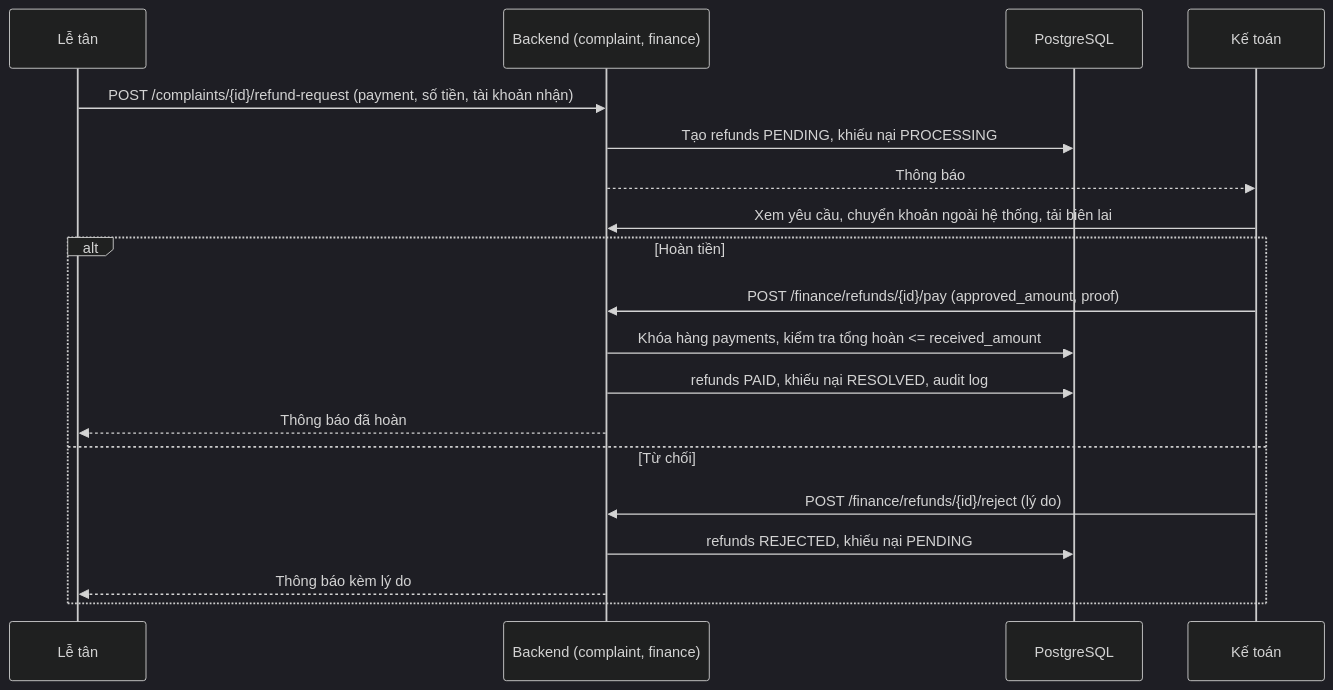
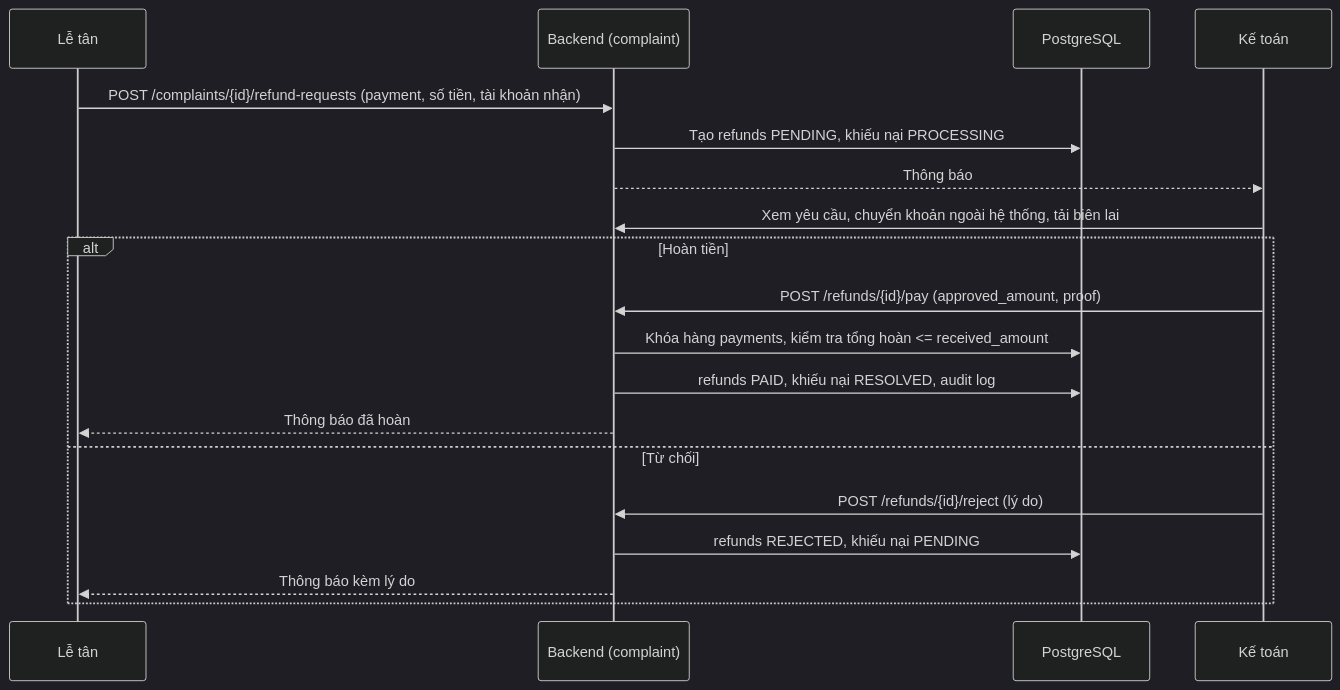
One commit to quangnguyenviet/English-tutor-platform-final-project-2026 changed the seventh of 7 diagrams in docs/project/ARCHITECTURE.md. Above: the diagram before and after it, drawn with Mermaid (dark theme). The commit also changed other lines of this file and 8 other files, not shown here.

````diff
--- a/docs/project/ARCHITECTURE.md
+++ b/docs/project/ARCHITECTURE.md
@@ -324,22 +326,22 @@
 ```mermaid
 sequenceDiagram
     participant R as Lễ tân
-    participant B as Backend (complaint, finance)
+    participant B as Backend (complaint)
     participant D as PostgreSQL
     participant K as Kế toán
 
-    R->>B: POST /complaints/{id}/refund-request (payment, số tiền, tài khoản nhận)
+    R->>B: POST /complaints/{id}/refund-requests (payment, số tiền, tài khoản nhận)
     B->>D: Tạo refunds PENDING, khiếu nại PROCESSING
     B-->>K: Thông báo
     K->>B: Xem yêu cầu, chuyển khoản ngoài hệ thống, tải biên lai
     alt Hoàn tiền
-        K->>B: POST /finance/refunds/{id}/pay (approved_amount, proof)
+        K->>B: POST /refunds/{id}/pay (approved_amount, proof)
         B->>D: Khóa hàng payments, kiểm tra tổng hoàn <= received_amount
         B->>D: refunds PAID, khiếu nại RESOLVED, audit log
         B-->>R: Thông báo đã hoàn
     else Từ chối
-        K->>B: POST /finance/refunds/{id}/reject (lý do)
+        K->>B: POST /refunds/{id}/reject (lý do)
         B->>D: refunds REJECTED, khiếu nại PENDING
         B-->>R: Thông báo kèm lý do
     end
 ```
````
